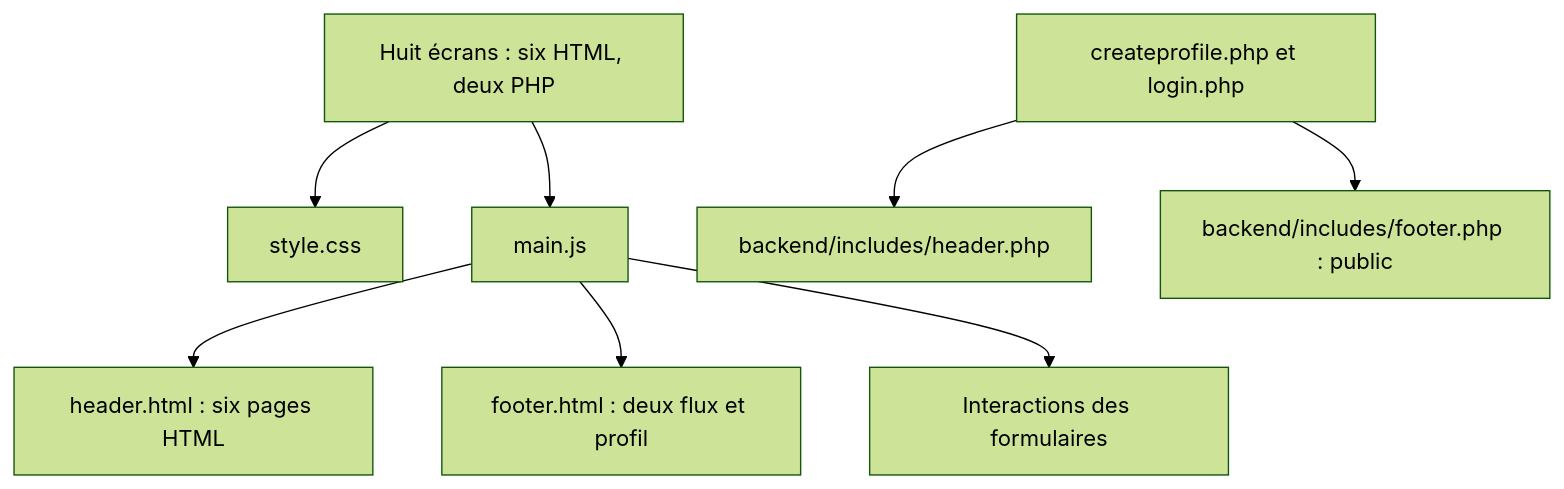
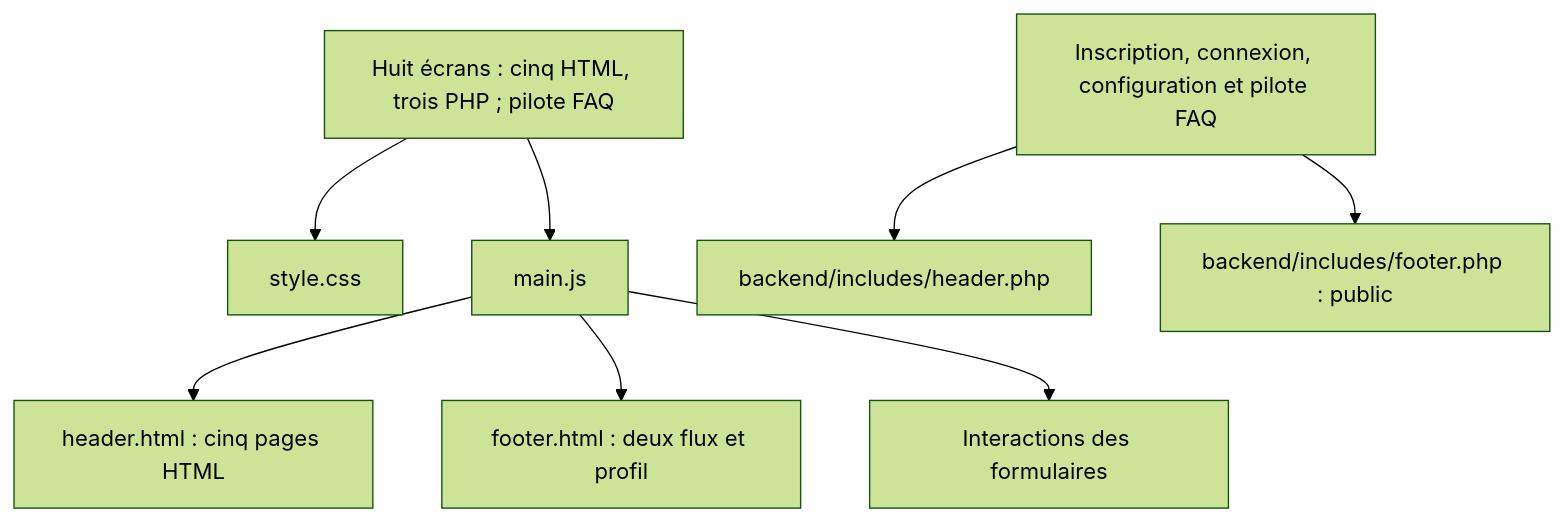
One commit to SP-MMIBdx/M2-weux-projet-dev-ux changed the diagram in README.md. Above: the diagram before and after it, drawn with Mermaid (forest theme). The commit also changed other lines of this file and 6 other files, not shown here.

Commit message:
feat: migrate profile configuration to PHP and prepare FAQ pilot

````diff
--- a/README.md
+++ b/README.md
@@ -45,10 +45,10 @@
 ```mermaid
 flowchart TD
-    Pages["Huit écrans : six HTML, deux PHP"] --> CSS["style.css"]
+    Pages["Huit écrans : cinq HTML, trois PHP ; pilote FAQ"] --> CSS["style.css"]
     Pages --> JS["main.js"]
-    JS --> Header["header.html : six pages HTML"]
+    JS --> Header["header.html : cinq pages HTML"]
     JS --> Footer["footer.html : deux flux et profil"]
     JS --> Interactions["Interactions des formulaires"]
-    Pilot["createprofile.php et login.php"] --> PHPHeader["backend/includes/header.php"]
+    Pilot["Inscription, connexion, configuration et pilote FAQ"] --> PHPHeader["backend/includes/header.php"]
     Pilot --> PHPFooter["backend/includes/footer.php : public"]
 ```
````
